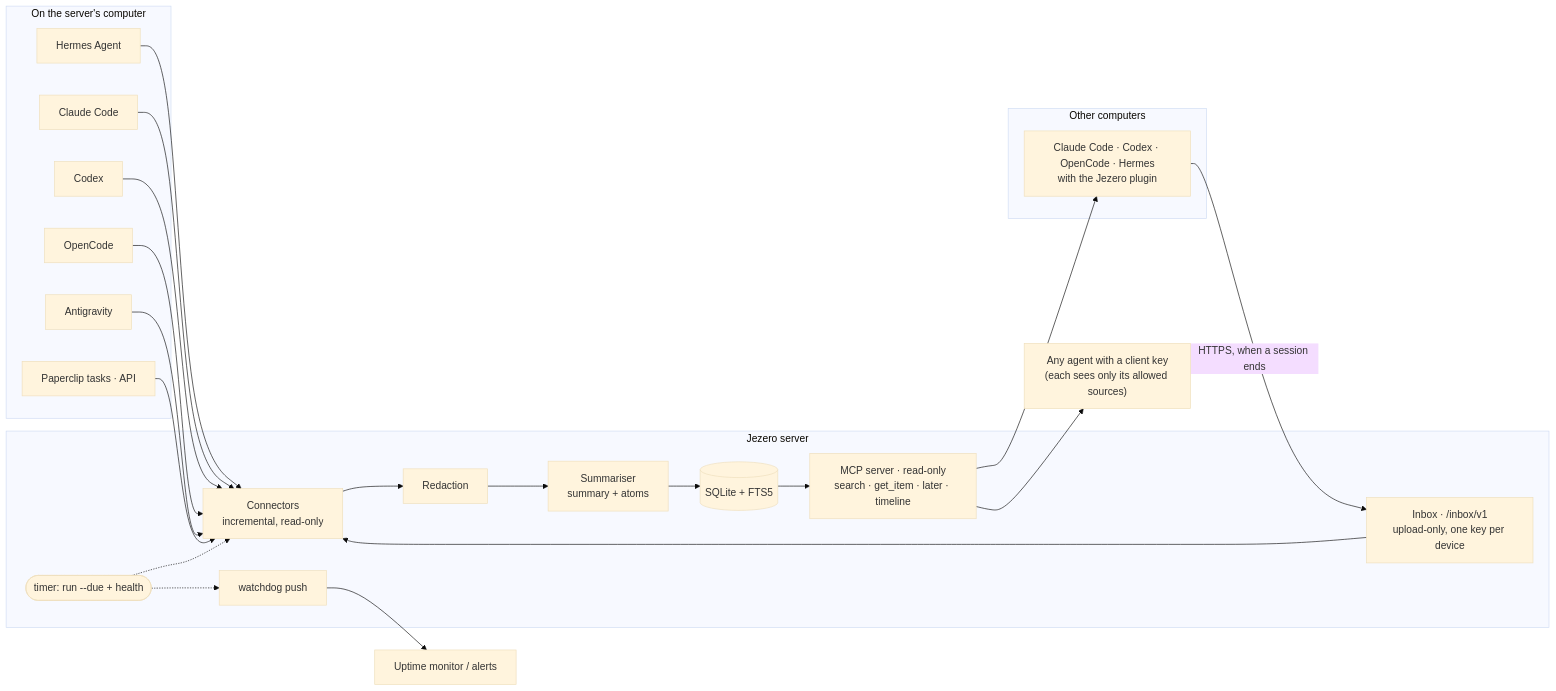
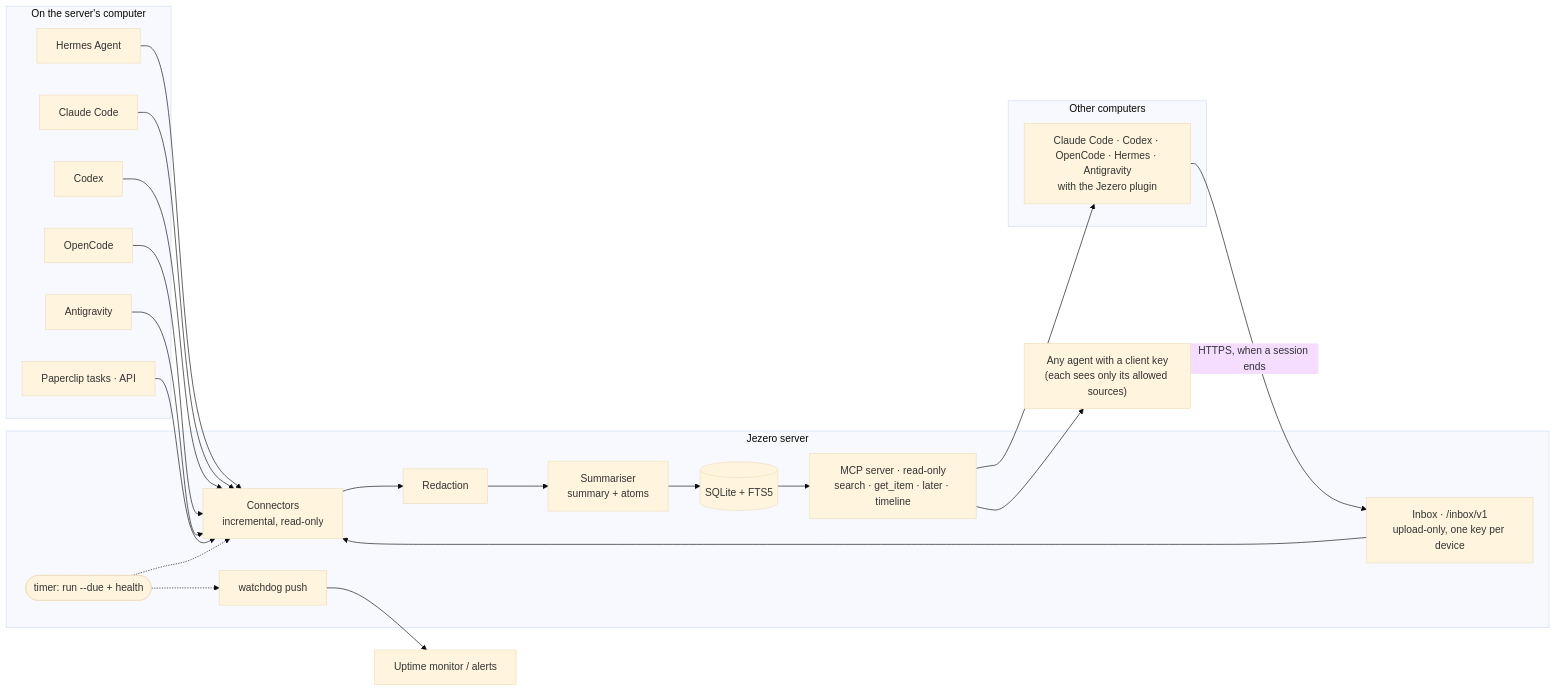
Before and after one commit to MarsGotta/jezero: the diagram in docs/architecture.md, drawn with Mermaid (base theme). The commit also changed other lines of this file and 31 other files, not shown here.

Commit message:
Antigravity plugin: MCP bridge, hooks, skill and upload; drop the setup guide; client 0.4.0

````diff
--- a/docs/architecture.md
+++ b/docs/architecture.md
@@ -12,31 +12,31 @@
 ```mermaid
 flowchart LR
   subgraph here["On the server's computer"]
     A1[Hermes Agent]
     A2[Claude Code]
     A3[Codex]
     A4[OpenCode]
     A5[Antigravity]
     A6[Paperclip tasks · API]
   end
   subgraph away["Other computers"]
-    D1["Claude Code · Codex · OpenCode · Hermes<br/>with the Jezero plugin"]
+    D1["Claude Code · Codex · OpenCode · Hermes · Antigravity<br/>with the Jezero plugin"]
   end
   subgraph server["Jezero server"]
     IN["Inbox · /inbox/v1<br/>upload-only, one key per device"]
     R["Connectors<br/>incremental, read-only"]
     F[Redaction]
     S["Summariser<br/>summary + atoms"]
     DB[("SQLite + FTS5")]
     M["MCP server · read-only<br/>search · get_item · later · timeline"]
     T([timer: run --due + health])
     W[watchdog push]
   end
   A1 & A2 & A3 & A4 & A5 & A6 --> R
   D1 -- "HTTPS, when a session ends" --> IN --> R
   T -.-> R
   R --> F --> S --> DB --> M
   M --> U["Any agent with a client key<br/>(each sees only its allowed sources)"]
   M --> D1
   T -.-> W --> K[Uptime monitor / alerts]
 ```
````
